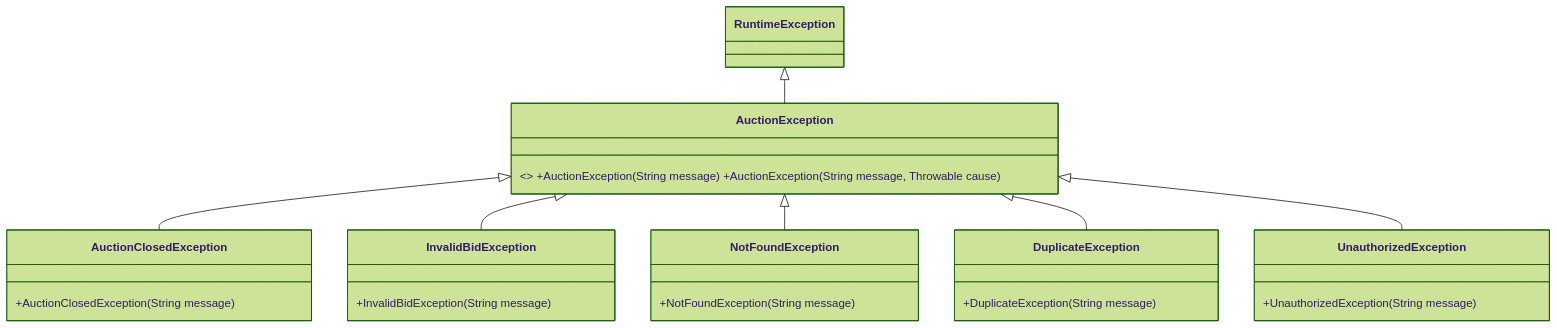
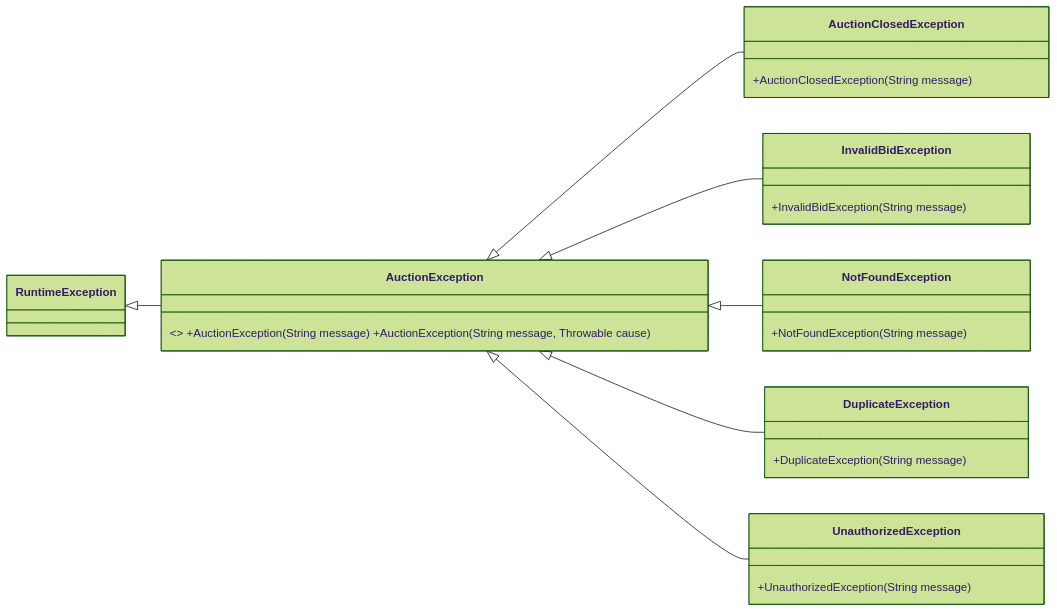
Before and after one commit to kieran-labs/oop-course-project-uet: the second of 5 diagrams in README.md, drawn with Mermaid (forest theme). The commit also changed other lines of this file, not shown here.

````diff
--- a/README.md
+++ b/README.md
@@ -118,17 +117,17 @@
 ```mermaid
 classDiagram
-    direction TB
+    direction LR
     class RuntimeException
     class AuctionException { <<abstract>> +AuctionException(String message) +AuctionException(String message, Throwable cause) }
     class AuctionClosedException { +AuctionClosedException(String message) }
     class InvalidBidException { +InvalidBidException(String message) }
     class NotFoundException { +NotFoundException(String message) }
     class DuplicateException { +DuplicateException(String message) }
     class UnauthorizedException { +UnauthorizedException(String message) }
     RuntimeException <|-- AuctionException
     AuctionException <|-- AuctionClosedException
     AuctionException <|-- InvalidBidException
     AuctionException <|-- NotFoundException
     AuctionException <|-- DuplicateException
     AuctionException <|-- UnauthorizedException
 ```
````
